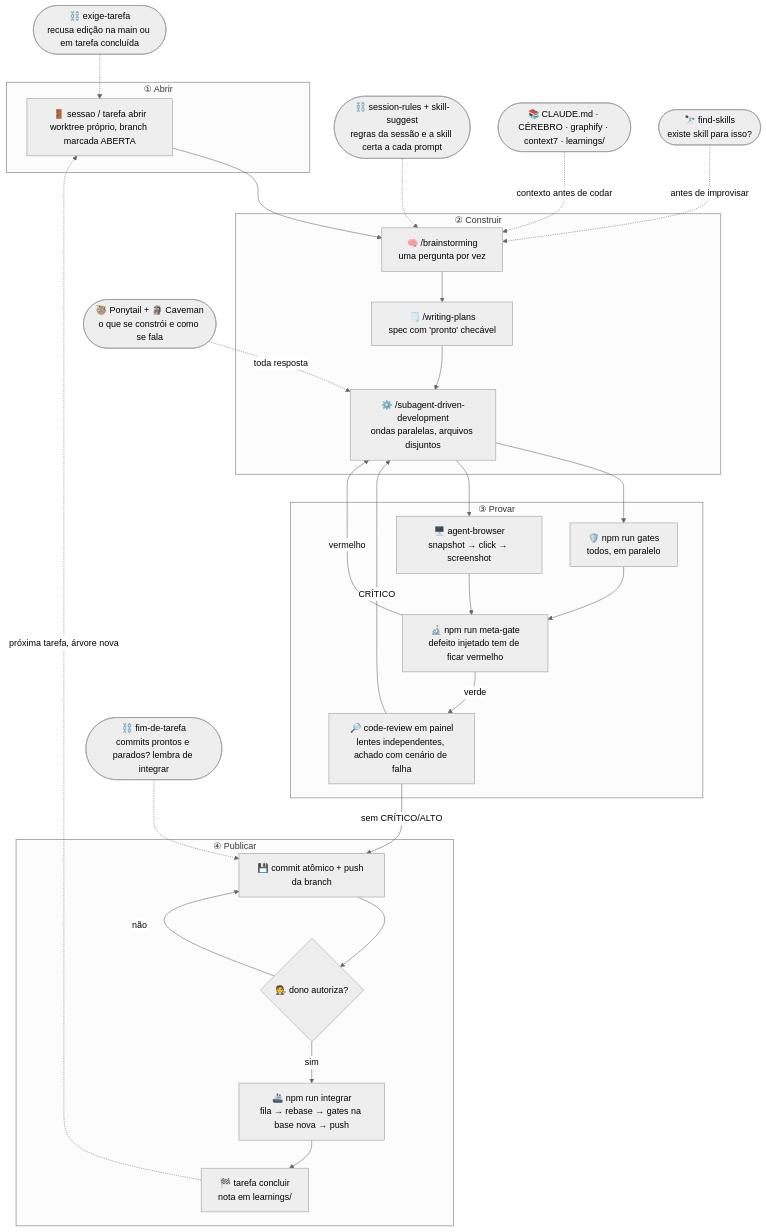
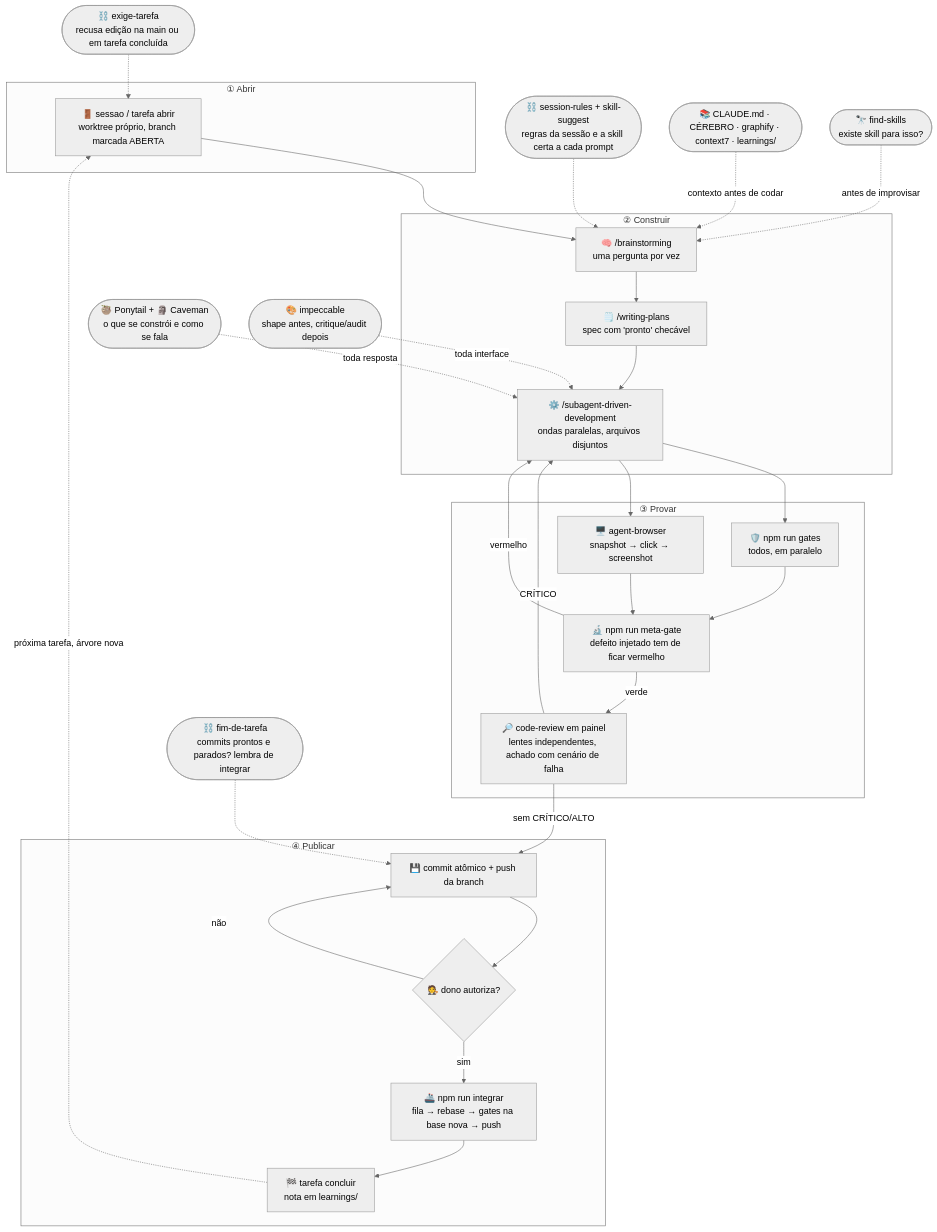
One commit to Mateusfb-ai/vibe100coding-kit changed the diagram in README.md. Above: the diagram before and after it, drawn with Mermaid (neutral theme). The commit also changed other lines of this file and 5 other files, not shown here.

Commit message:
feat: impeccable no ciclo (hook, tabela de skills, ferramentas, diagrama)

````diff
--- a/README.md
+++ b/README.md
@@ -17,36 +17,37 @@
 ```mermaid
 flowchart TB
     subgraph ABRIR["① Abrir"]
         S["🚪 sessao / tarefa abrir<br/>worktree próprio, branch marcada ABERTA"]
     end
     subgraph CONSTRUIR["② Construir"]
         B["🧠 /brainstorming<br/>uma pergunta por vez"] --> P["🗒️ /writing-plans<br/>spec com 'pronto' checável"] --> I["⚙️ /subagent-driven-development<br/>ondas paralelas, arquivos disjuntos"]
     end
     subgraph PROVAR["③ Provar"]
         G["🛡️ npm run gates<br/>todos, em paralelo"] --> M["🔬 npm run meta-gate<br/>defeito injetado tem de ficar vermelho"]
         W["🖥️ agent-browser<br/>snapshot → click → screenshot"] --> M
         R["🔎 code-review em painel<br/>lentes independentes, achado com cenário de falha"]
     end
     subgraph PUBLICAR["④ Publicar"]
         C["💾 commit atômico + push da branch"] --> D{"🧑‍⚖️ dono autoriza?"}
         D -->|sim| N["🚢 npm run integrar<br/>fila → rebase → gates na base nova → push"]
         D -->|não| C
         N --> F["🏁 tarefa concluir<br/>nota em learnings/"]
     end
 
     S --> B
     I --> G
     I --> W
     M -->|verde| R
     M -->|vermelho| I
     R -->|sem CRÍTICO/ALTO| C
     R -->|CRÍTICO| I
     F -.->|próxima tarefa, árvore nova| S
 
     H1(["⛓️ exige-tarefa<br/>recusa edição na main ou em tarefa concluída"]) -.-> S
     H2(["⛓️ session-rules + skill-suggest<br/>regras da sessão e a skill certa a cada prompt"]) -.-> B
     H3(["⛓️ fim-de-tarefa<br/>commits prontos e parados? lembra de integrar"]) -.-> C
     K(["📚 CLAUDE.md · CÉREBRO · graphify · context7 · learnings/"]) -.->|contexto antes de codar| B
     Y(["🦥 Ponytail + 🗿 Caveman<br/>o que se constrói e como se fala"]) -.->|toda resposta| I
+    Z(["🎨 impeccable<br/>shape antes, critique/audit depois"]) -.->|toda interface| I
     X(["🔭 find-skills<br/>existe skill para isso?"]) -.->|antes de improvisar| B
 ```
````
